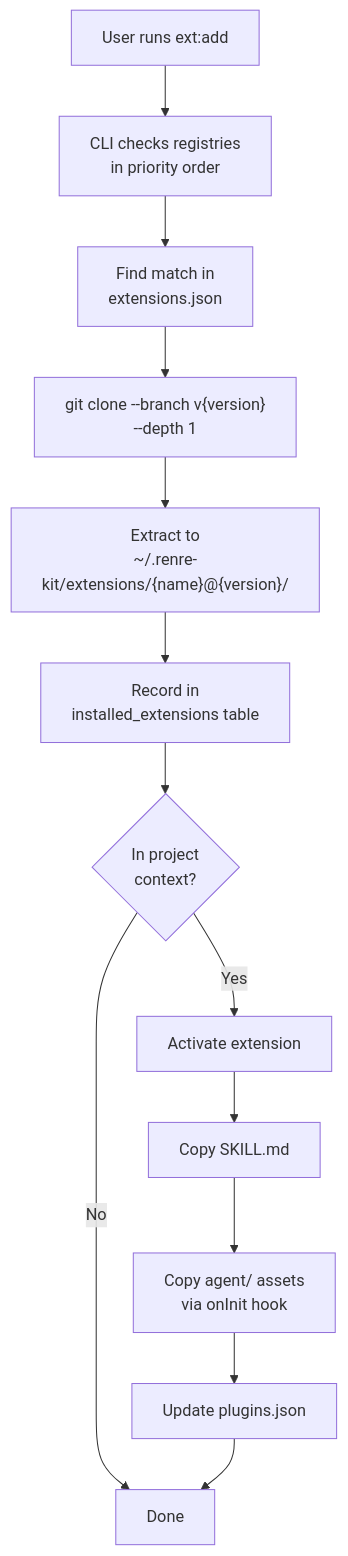
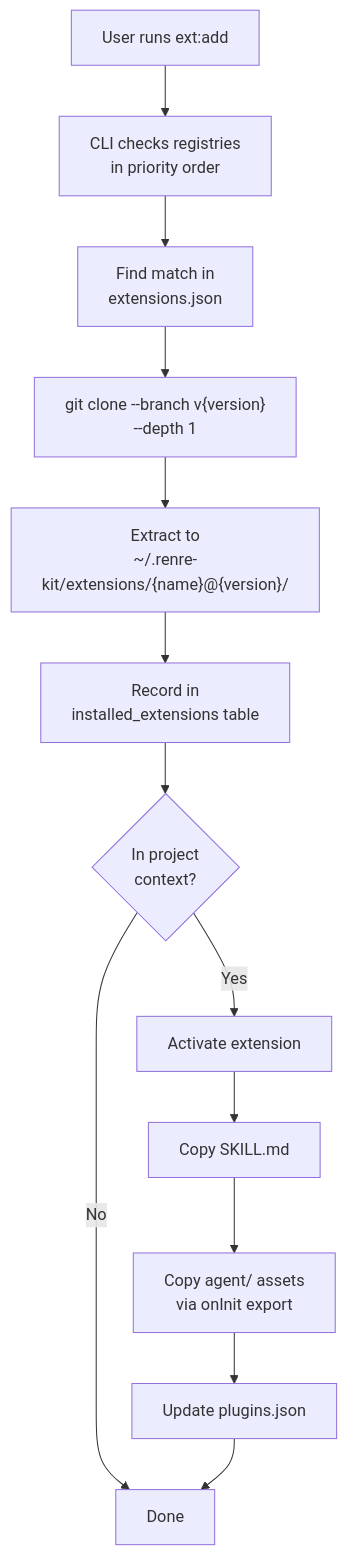
Before and after one commit to eskarlat/rex: the second of 5 diagrams in renre-kit-architecture/diagrams/dfd-overview.md, drawn with Mermaid. The commit also changed 144 other files, not shown here.

````diff
--- a/renre-kit-architecture/diagrams/dfd-overview.md
+++ b/renre-kit-architecture/diagrams/dfd-overview.md
@@ -33,16 +33,16 @@
 ```mermaid
 flowchart TD
     A["User runs ext:add"] --> B["CLI checks registries<br/>in priority order"]
     B --> C["Find match in<br/>extensions.json"]
     C --> D["git clone --branch v{version}<br/>--depth 1"]
     D --> E["Extract to<br/>~/.renre-kit/extensions/{name}@{version}/"]
     E --> F["Record in<br/>installed_extensions table"]
     F --> G{In project<br/>context?}
 
     G -->|No| H["Done"]
     G -->|Yes| I["Activate extension"]
     I --> J["Copy SKILL.md"]
-    J --> K["Copy agent/ assets<br/>via onInit hook"]
+    J --> K["Copy agent/ assets<br/>via onInit export"]
     K --> L["Update plugins.json"]
     L --> H
 ```
````
